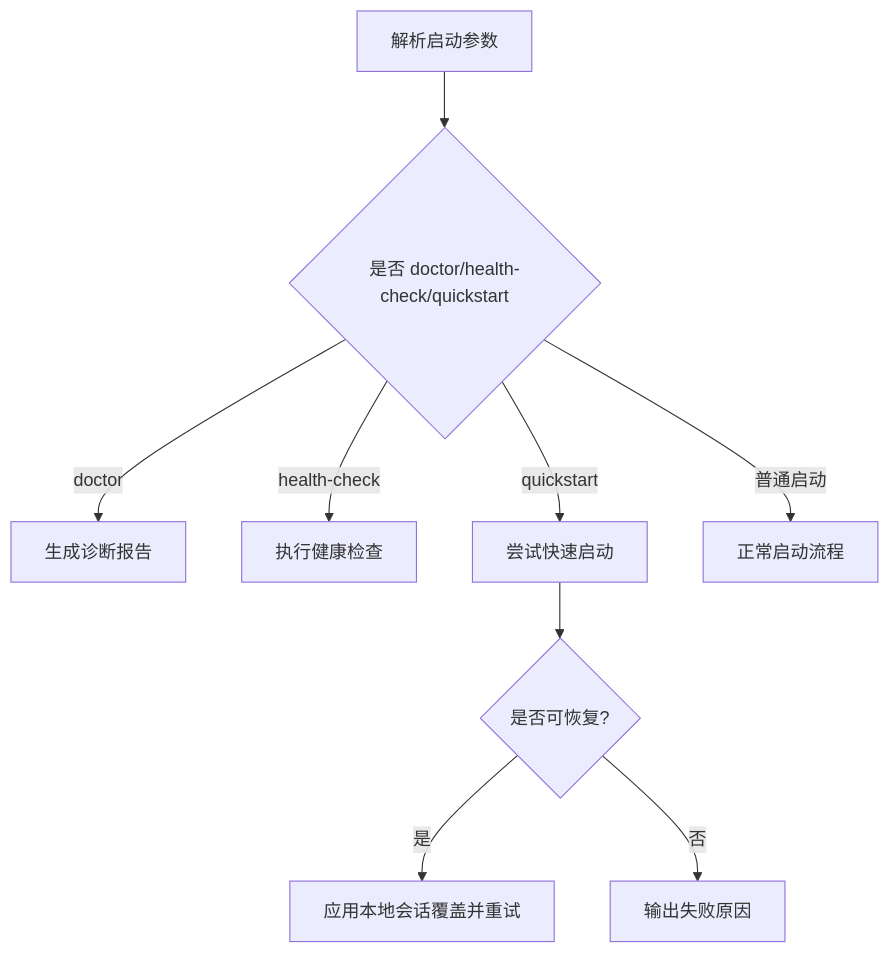
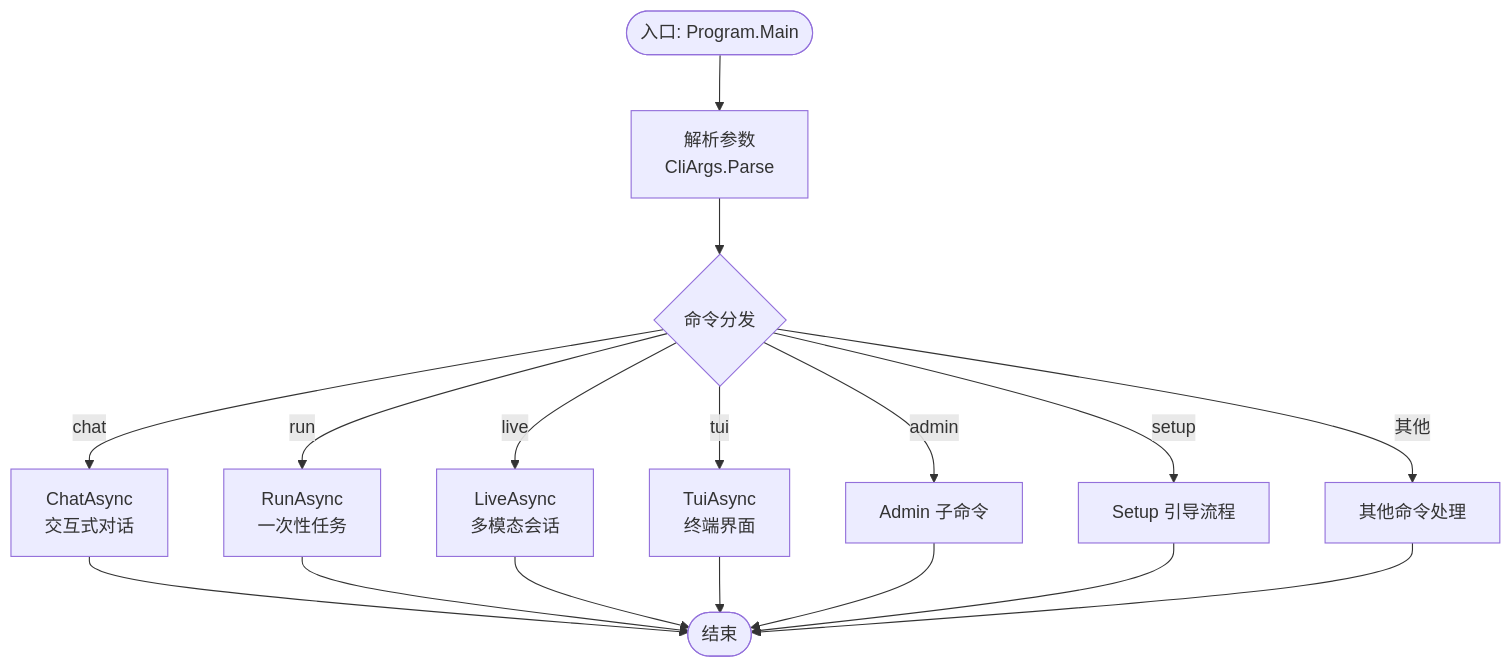
One commit to wayyet/kingcrab changed the fourth of 4 diagrams in .qoder/repowiki/zh/content/快速开始.md. Above: the diagram before and after it, drawn with Mermaid. The commit also changed other lines of this file and 173 other files, not shown here.

````diff
--- a/.qoder/repowiki/zh/content/快速开始.md
+++ b/.qoder/repowiki/zh/content/快速开始.md
@@ -208,11 +253,19 @@
 ```mermaid
 flowchart TD
-A["解析启动参数"] --> B{"是否 doctor/health-check/quickstart"}
-B --> |doctor| D["生成诊断报告"]
-B --> |health-check| E["执行健康检查"]
-B --> |quickstart| F["尝试快速启动"]
-B --> |普通启动| G["正常启动流程"]
-F --> H{"是否可恢复?"}
-H --> |是| I["应用本地会话覆盖并重试"]
-H --> |否| J["输出失败原因"]
+Start(["入口: Program.Main"]) --> Parse["解析参数<br/>CliArgs.Parse"]
+Parse --> Dispatch{"命令分发"}
+Dispatch --> |chat| Chat["ChatAsync<br/>交互式对话"]
+Dispatch --> |run| Run["RunAsync<br/>一次性任务"]
+Dispatch --> |live| Live["LiveAsync<br/>多模态会话"]
+Dispatch --> |tui| Tui["TuiAsync<br/>终端界面"]
+Dispatch --> |admin| Admin["Admin 子命令"]
+Dispatch --> |setup| Setup["Setup 引导流程"]
+Dispatch --> |其他| Other["其他命令处理"]
+Chat --> End(["结束"])
+Run --> End
+Live --> End
+Tui --> End
+Admin --> End
+Setup --> End
+Other --> End
 ```
````
